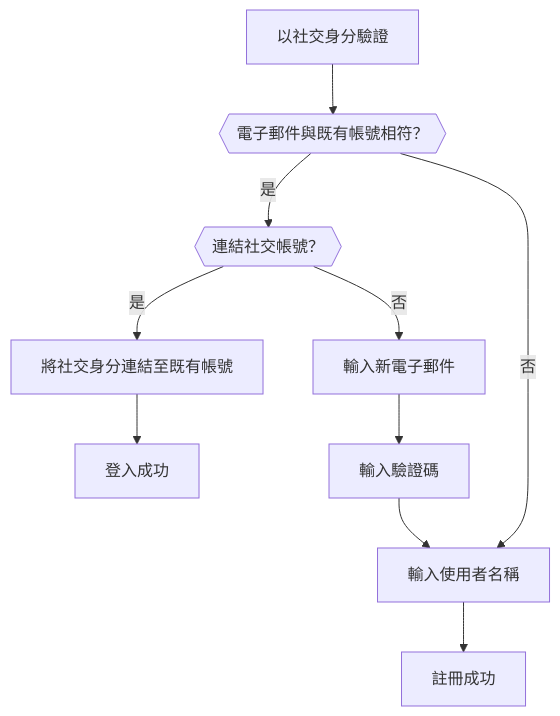
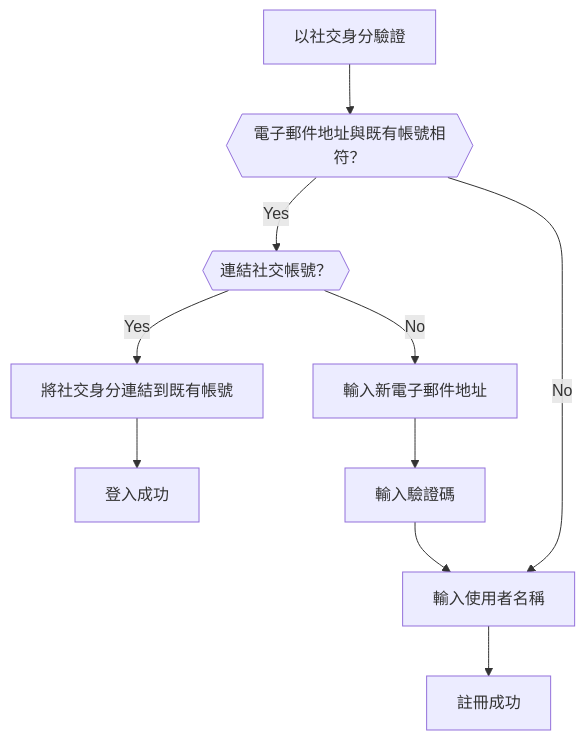
One commit to logto-io/docs changed the fifth of 6 diagrams in i18n/zh-TW/docusaurus-plugin-content-docs/current/end-user-flows/sign-up-and-sign-in/social-sign-in.mdx. Above: the diagram before and after it, drawn with Mermaid. The commit also changed other lines of this file and 666 other files, not shown here.

````diff
--- a/i18n/zh-TW/docusaurus-plugin-content-docs/current/end-user-flows/sign-up-and-sign-in/social-sign-in.mdx
+++ b/i18n/zh-TW/docusaurus-plugin-content-docs/current/end-user-flows/sign-up-and-sign-in/social-sign-in.mdx
@@ -136,12 +136,12 @@
    ```mermaid
       flowchart TD
-       A[以社交身分驗證] --> B{{電子郵件與既有帳號相符？}}
-       B -- 是 --> C{{連結社交帳號？}}
-       C -- 是 --> D[將社交身分連結至既有帳號]
+       A[以社交身分驗證] --> B{{電子郵件地址與既有帳號相符？}}
+       B -- Yes --> C{{連結社交帳號？}}
+       C -- Yes --> D[將社交身分連結到既有帳號]
        D --> E[登入成功]
-       C -- 否 --> F[輸入新電子郵件]
+       C -- No --> F[輸入新電子郵件地址]
        F --> G[輸入驗證碼]
        G --> H[輸入使用者名稱]
        H --> I[註冊成功]
-       B -- 否 --> H
+       B -- No --> H
    ```
````
